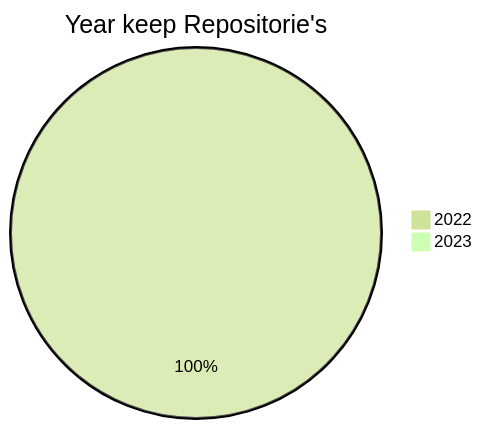
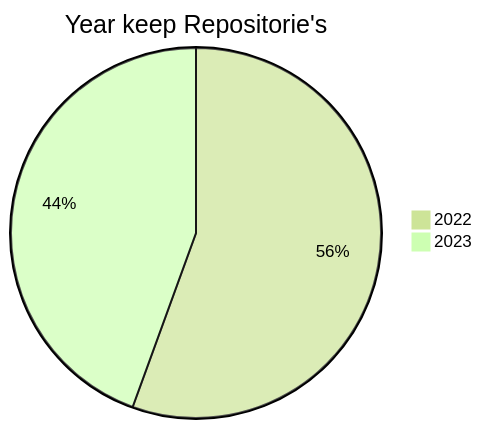
Before and after one commit to BackdevHong/YOC: the second of 2 diagrams in README.md, drawn with Mermaid (forest theme). The commit also changed other lines of this file, not shown here.

````diff
--- a/README.md
+++ b/README.md
@@ -13,5 +13,5 @@
 ```mermaid
 pie title Year keep Repositorie's
     "2022" : 20
-    "2023" : 0
+    "2023" : 16
 ```
````
